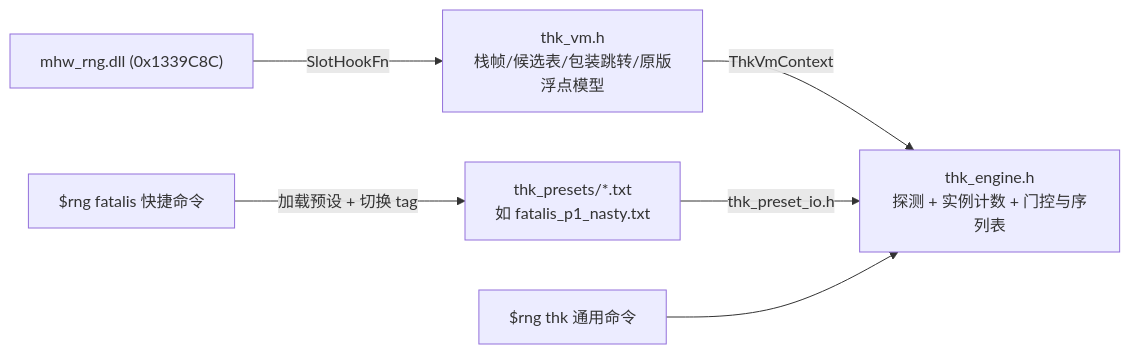
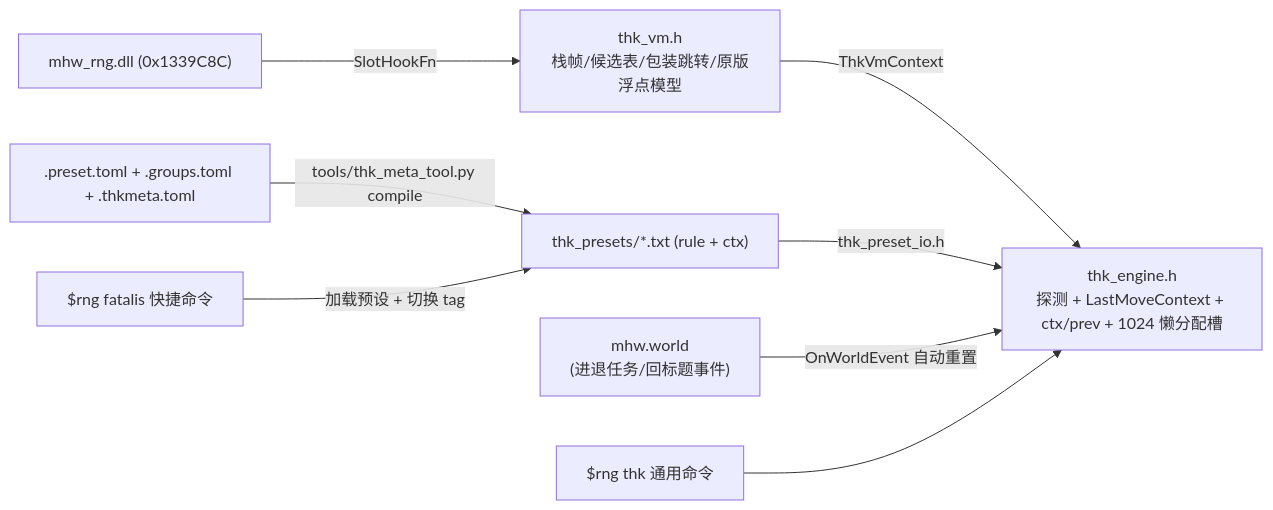
One commit to Miraboreasyu/mhw-rng-thk changed the diagram in README.md. Above: the diagram before and after it, drawn with Mermaid. The commit also changed other lines of this file and 17 other files, not shown here.

First line of the commit message:
feat(thk): v1.4.0 context-aware prev/ctx tracking, declarative TOML toolchain, and agent-ready docs

````diff
--- a/README.md
+++ b/README.md
@@ -20,8 +24,10 @@
 ```mermaid
 flowchart LR
+    TOML[".preset.toml + .groups.toml + .thkmeta.toml"] -->|"tools/thk_meta_tool.py compile"| Preset["thk_presets/*.txt (rule + ctx)"]
     Kernel["mhw_rng.dll (0x1339C8C)"] -->|"SlotHookFn"| VM["thk_vm.h\n栈帧/候选表/包装跳转/原版浮点模型"]
-    VM -->|"ThkVmContext"| Engine["thk_engine.h\n探测 + 实例计数 + 门控与序列表"]
-    Preset["thk_presets/*.txt\n如 fatalis_p1_nasty.txt"] -->|"thk_preset_io.h"| Engine
+    VM -->|"ThkVmContext"| Engine["thk_engine.h\n探测 + LastMoveContext + ctx/prev + 1024 懒分配槽"]
+    Preset -->|"thk_preset_io.h"| Engine
+    World["mhw.world\n(进退任务/回标题事件)"] -->|"OnWorldEvent 自动重置"| Engine
     Facade["$rng fatalis 快捷命令"] -->|"加载预设 + 切换 tag"| Preset
     ThkCmd["$rng thk 通用命令"] --> Engine
 ```
````
